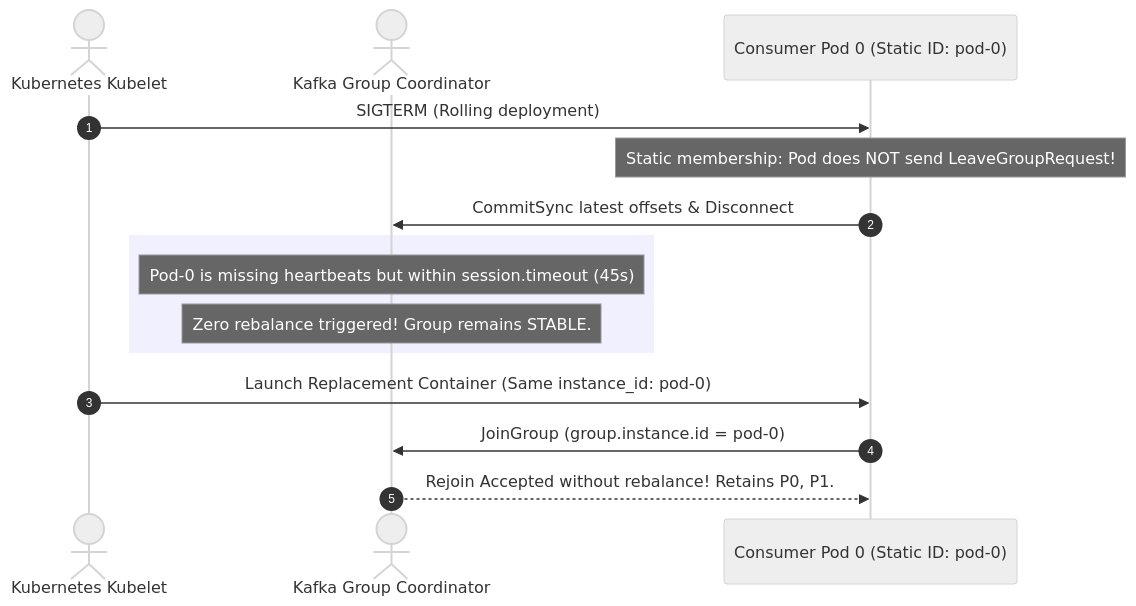
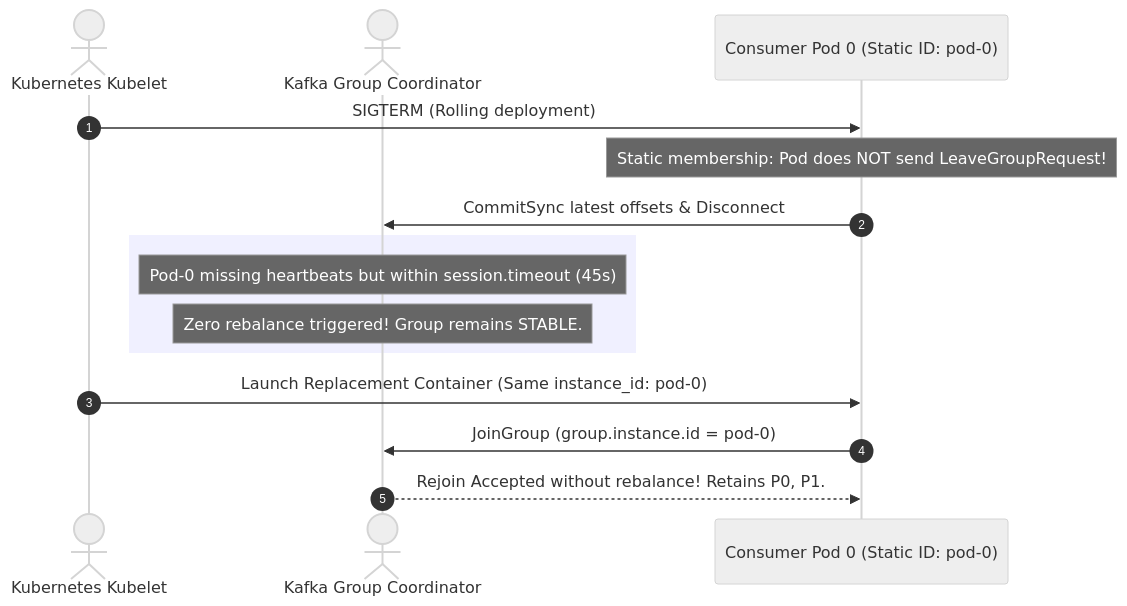
Before and after one commit to Chief-Strategist-J/event-driven-platform: the third of 4 diagrams in docs/features/consumer-groups/adr.md, drawn with Mermaid (neutral theme). The commit also changed other lines of this file, not shown here.

Commit message:
docs(consumer-groups): expand ADR with invariants, watchdog ladder, and fencing sequence

````diff
--- a/docs/features/consumer-groups/adr.md
+++ b/docs/features/consumer-groups/adr.md
@@ -103,20 +118,20 @@
 ```mermaid
 sequenceDiagram
     autonumber
     actor Kubelet as Kubernetes Kubelet
     actor Coord as Kafka Group Coordinator
     participant Pod as Consumer Pod 0 (Static ID: pod-0)
     
     Kubelet->>Pod: SIGTERM (Rolling deployment)
     Note over Pod: Static membership: Pod does NOT send LeaveGroupRequest!
     Pod->>Coord: CommitSync latest offsets & Disconnect
     
     rect rgb(240, 240, 255)
-        Note over Coord: Pod-0 is missing heartbeats but within session.timeout (45s)
+        Note over Coord: Pod-0 missing heartbeats but within session.timeout (45s)
         Note over Coord: Zero rebalance triggered! Group remains STABLE.
     end
 
     Kubelet->>Pod: Launch Replacement Container (Same instance_id: pod-0)
     Pod->>Coord: JoinGroup (group.instance.id = pod-0)
     Coord-->>Pod: Rejoin Accepted without rebalance! Retains P0, P1.
 ```
````
